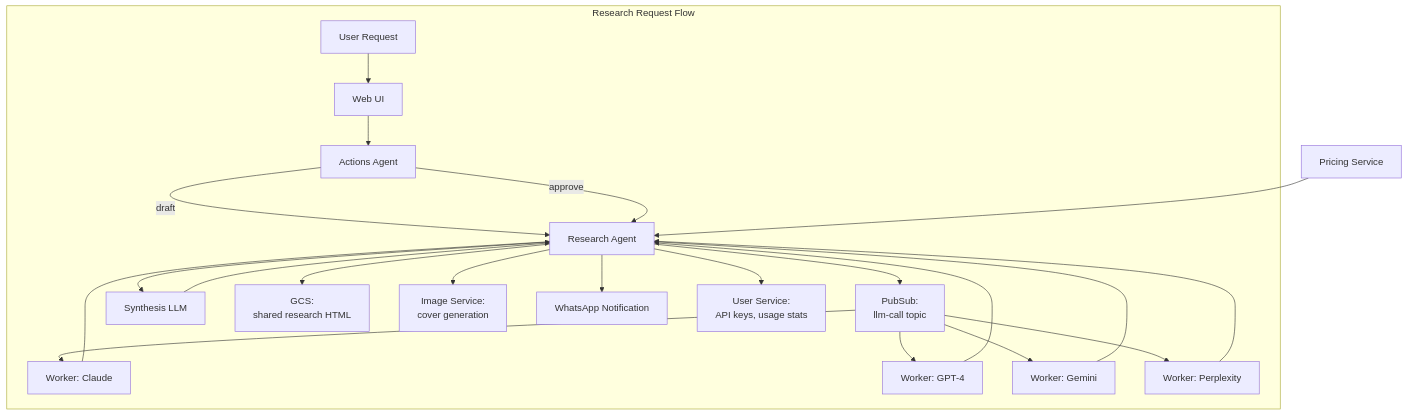
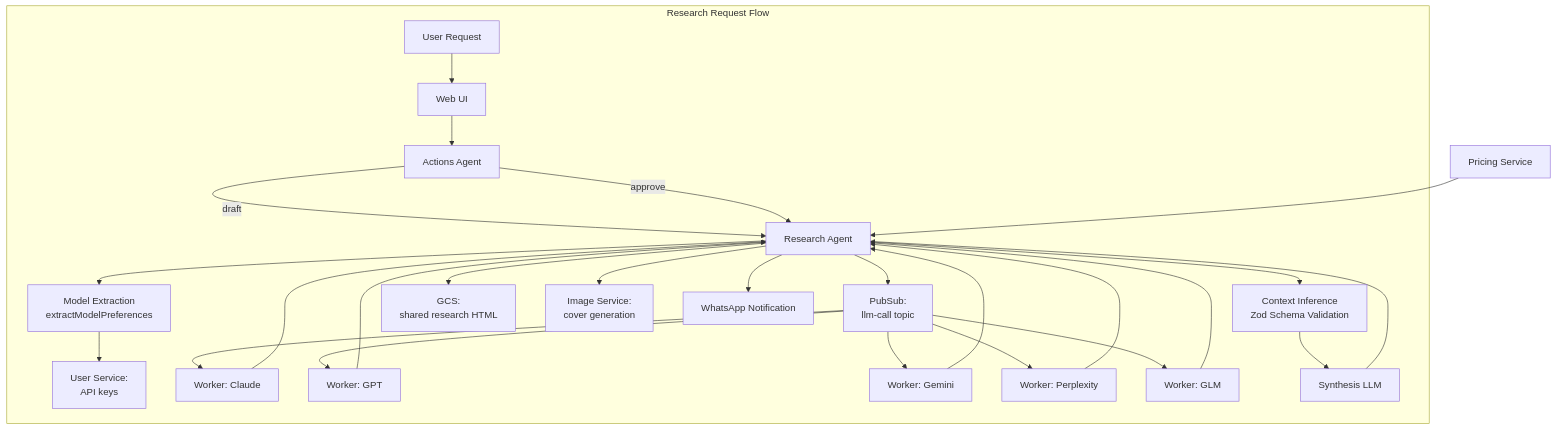
One commit to pbuchman/praxos changed the first of 4 diagrams in docs/services/research-agent/technical.md. Above: the diagram before and after it, drawn with Mermaid. The commit also changed other lines of this file and 55 other files, not shown here.

````diff
--- a/docs/services/research-agent/technical.md
+++ b/docs/services/research-agent/technical.md
@@ -9,31 +9,35 @@
 ```mermaid
 graph TB
     subgraph "Research Request Flow"
         User[User Request] --> Web[Web UI]
         Web --> AA[Actions Agent]
         AA -->|draft| RA[Research Agent]
         AA -->|approve| RA
 
+        RA --> ModelExtract[Model Extraction<br/>extractModelPreferences]
+        ModelExtract --> UserSvc[User Service:<br/>API keys]
+
         RA --> PubSub[PubSub:<br/>llm-call topic]
         PubSub --> Worker1[Worker: Claude]
-        PubSub --> Worker2[Worker: GPT-4]
+        PubSub --> Worker2[Worker: GPT]
         PubSub --> Worker3[Worker: Gemini]
         PubSub --> Worker4[Worker: Perplexity]
+        PubSub --> Worker5[Worker: GLM]
 
         Worker1 --> RA
         Worker2 --> RA
         Worker3 --> RA
         Worker4 --> RA
+        Worker5 --> RA
 
-        RA --> Synthesizer[Synthesis LLM]
+        RA --> ContextInfer[Context Inference<br/>Zod Schema Validation]
+        ContextInfer --> Synthesizer[Synthesis LLM]
         Synthesizer --> RA
 
         RA --> GCS[GCS:<br/>shared research HTML]
         RA --> ImageSvc[Image Service:<br/>cover generation]
         RA --> Notify[WhatsApp Notification]
-
-        RA --> UserSvc[User Service:<br/>API keys, usage stats]
     end
 
     Pricing[Pricing Service] --> RA
 ```
````
